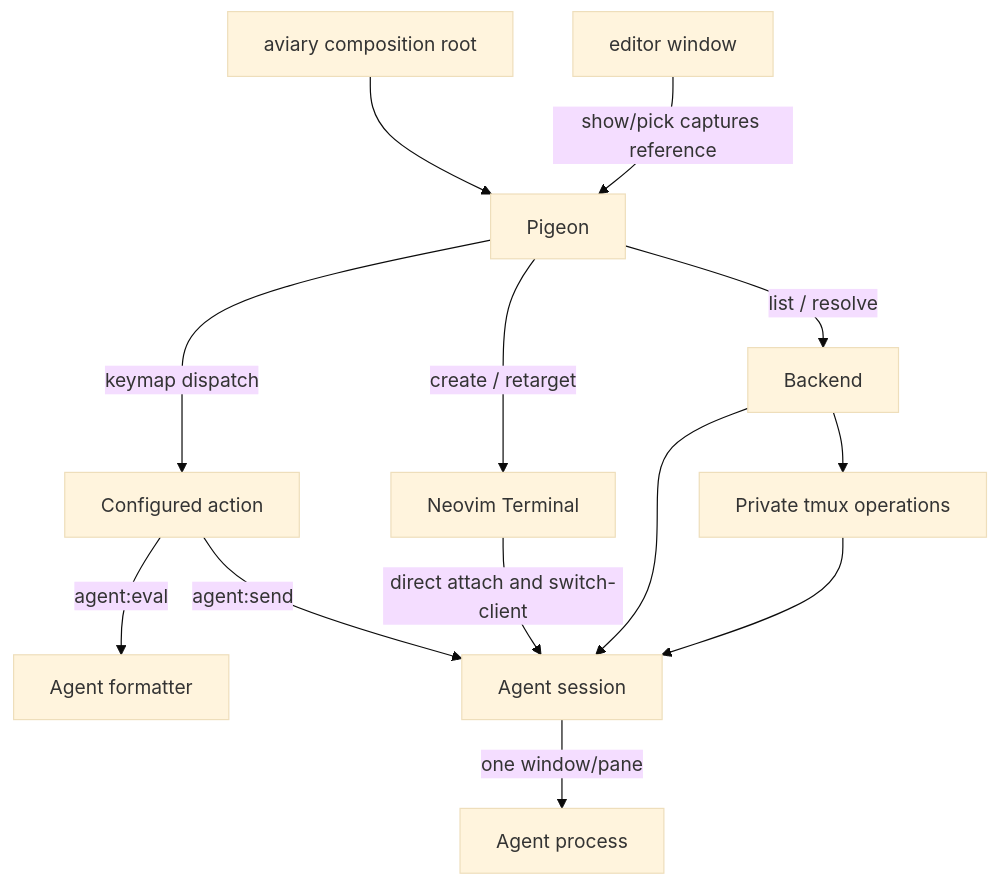
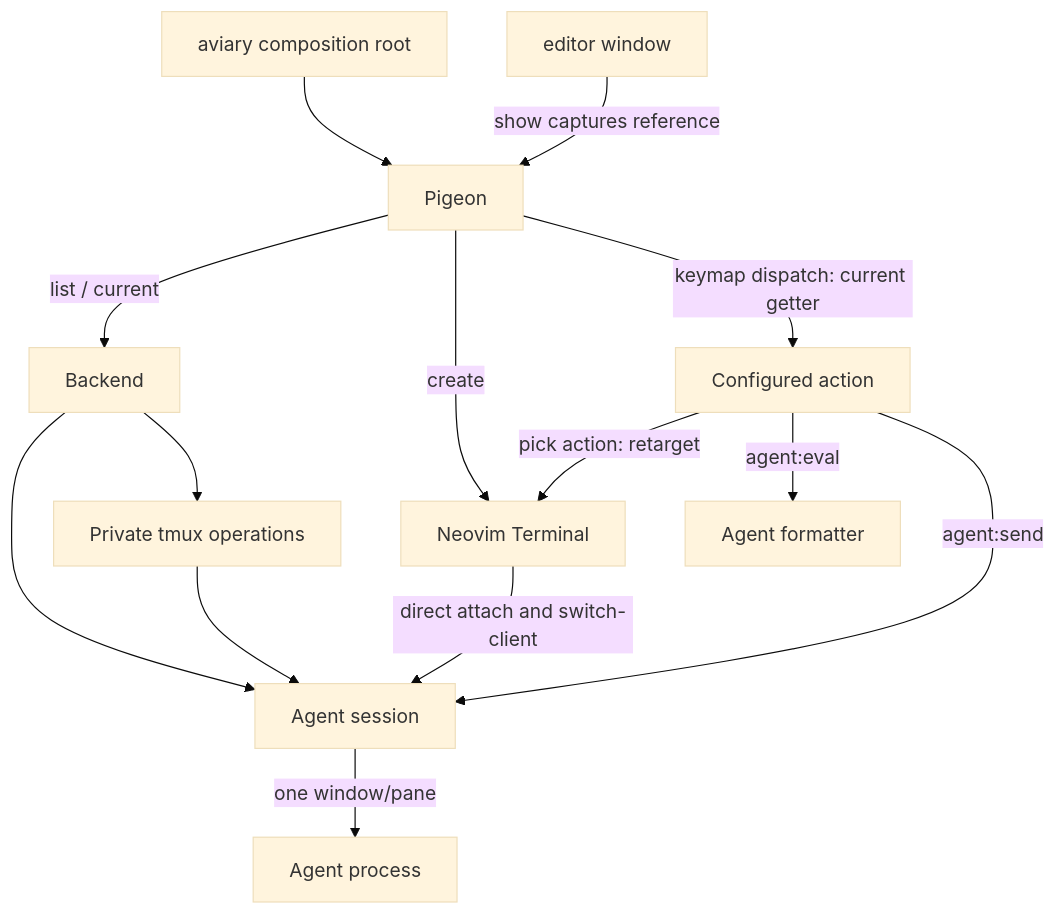
The diagram in docs/pigeon/architecture.md (ZachVec/aviary.nvim), drawn with Mermaid (base theme) before and after one commit. The commit also changed other lines of this file and 17 other files, not shown here.

First line of the commit message:
refactor(pigeon): resolve the current Agent from the tmux client

````diff
--- a/docs/pigeon/architecture.md
+++ b/docs/pigeon/architecture.md
@@ -3,15 +3,16 @@
 ```mermaid
 flowchart TD
   Root[aviary composition root] --> P[Pigeon]
-  Editor[editor window] -->|show/pick captures reference| P
-  P -->|list / resolve| B[Backend]
-  P -->|create / retarget| T[Neovim Terminal]
-  P -->|keymap dispatch| Act[Configured action]
+  Editor[editor window] -->|show captures reference| P
+  P -->|list / current| B[Backend]
+  P -->|create| T[Neovim Terminal]
+  P -->|keymap dispatch: current getter| Act[Configured action]
+  Act -->|pick action: retarget| T
   Act -->|agent:eval| F[Agent formatter]
   Act -->|agent:send| S
   T -->|direct attach and switch-client| S[Agent session]
   B --> S
   B --> C[Private tmux operations]
   C --> S
   S -->|one window/pane| A[Agent process]
 ```
````
